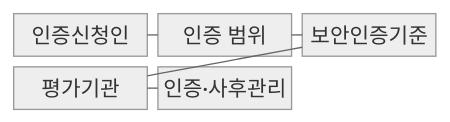
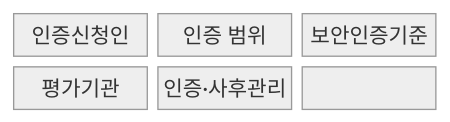
Before and after one commit to agnusdei1207/knowledge-base: the first of 2 diagrams in src/content/docs/notes/08-latest-tech/184_csap.md, drawn with Mermaid (neutral theme). The commit also changed other lines of this file and 228 other files, not shown here.

````diff
--- a/src/content/docs/notes/08-latest-tech/184_csap.md
+++ b/src/content/docs/notes/08-latest-tech/184_csap.md
@@ -50,13 +49,11 @@
 ```mermaid
 block-beta
   columns 3
-  A["인증신청인"]
-  B["인증 범위"]
-  C["보안인증기준"]
-  D["평가기관"]
-  E["인증·사후관리"]
-  A --- B
-  B --- C
-  C --- D
-  D --- E
+  N0["인증신청인"]
+  N1["인증 범위"]
+  N2["보안인증기준"]
+  N3["평가기관"]
+  N4["인증·사후관리"]
+  N0 --- N1 --- N2
+  N2 --- N3 --- N4
 ```
````
